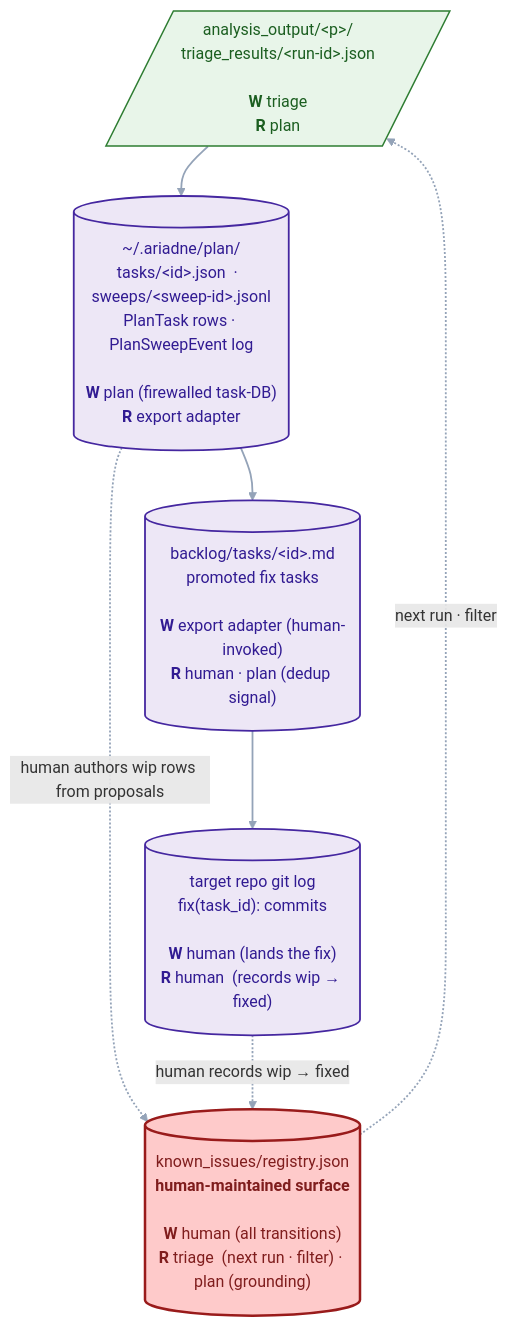
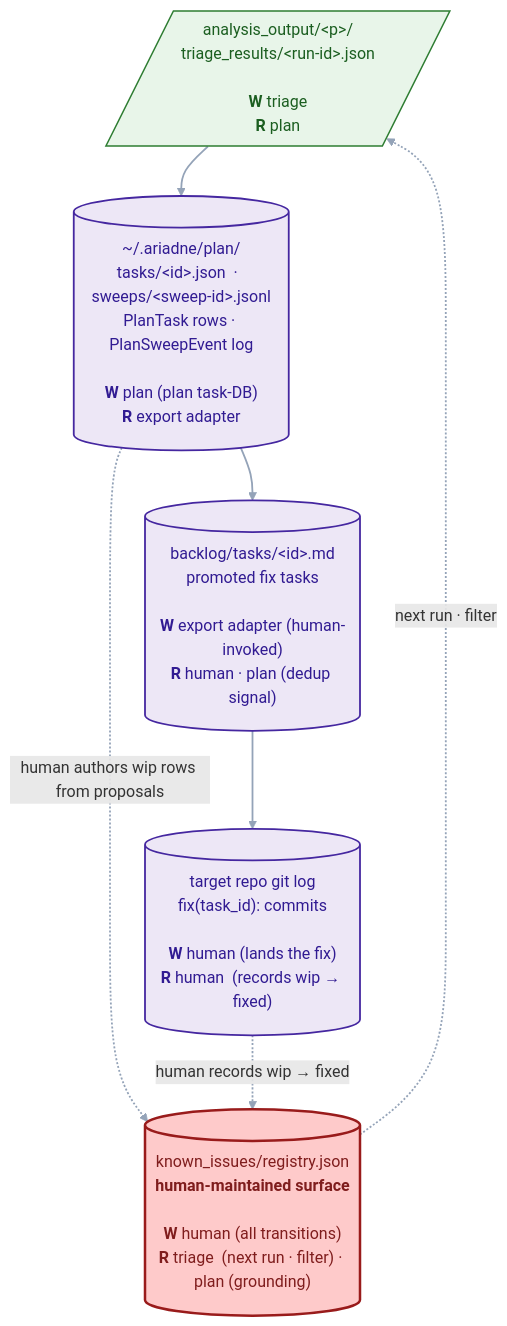
Before and after one commit to CRJFisher/ariadne: the diagram in .claude/skills/triage/README.pipeline.mmd, drawn with Mermaid. The commit also changed 20 other files, not shown here.

```diff
--- a/.claude/skills/triage/README.pipeline.mmd
+++ b/.claude/skills/triage/README.pipeline.mmd
@@ -1,18 +1,18 @@
 flowchart TB
   classDef artifact   fill:#e8f5e9,stroke:#2e7d32,stroke-width:1.5px,color:#1b5e20
   classDef store      fill:#ede7f6,stroke:#4527a0,stroke-width:1.8px,color:#311b92
   classDef regwrite   fill:#fecaca,stroke:#991b1b,stroke-width:2.5px,color:#7f1d1d
 
   D1[/"analysis_output/&lt;p&gt;/<br/>triage_results/&lt;run-id&gt;.json<br/><br/><b>W</b> triage<br/><b>R</b> plan"/]:::artifact
-  D2[("~/.ariadne/plan/<br/>tasks/&lt;id&gt;.json  ·  sweeps/&lt;sweep-id&gt;.jsonl<br/>PlanTask rows · PlanSweepEvent log<br/><br/><b>W</b> plan (firewalled task-DB)<br/><b>R</b> export adapter")]:::store
+  D2[("~/.ariadne/plan/<br/>tasks/&lt;id&gt;.json  ·  sweeps/&lt;sweep-id&gt;.jsonl<br/>PlanTask rows · PlanSweepEvent log<br/><br/><b>W</b> plan (plan task-DB)<br/><b>R</b> export adapter")]:::store
   D3[("backlog/tasks/&lt;id&gt;.md<br/>promoted fix tasks<br/><br/><b>W</b> export adapter (human-invoked)<br/><b>R</b> human · plan (dedup signal)")]:::store
   D4[("target repo git log<br/>fix(task_id): commits<br/><br/><b>W</b> human (lands the fix)<br/><b>R</b> human  (records wip → fixed)")]:::store
   REG[("known_issues/registry.json<br/><b>human-maintained surface</b><br/><br/><b>W</b> human (all transitions)<br/><b>R</b> triage  (next run · filter) · plan (grounding)")]:::regwrite
 
   D1 --> D2 --> D3 --> D4
 
   D2 -. "human authors wip rows from proposals" .-> REG
   D4 -. "human records wip → fixed" .-> REG
   REG -. "next run · filter" .-> D1
 
   linkStyle default stroke:#94a3b8,stroke-width:1.8px
```
